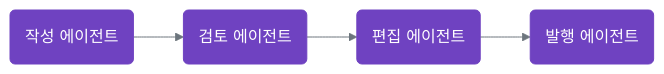
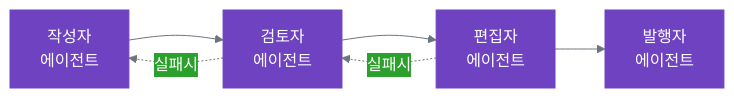
The first of 2 diagrams in book/07-5-intermediate-collaboration.md (wooxist/ai-instructions), drawn with Mermaid before and after one commit. The commit also changed other lines of this file and 6 other files, not shown here.

````diff
--- a/book/07-5-intermediate-collaboration.md
+++ b/book/07-5-intermediate-collaboration.md
@@ -45,21 +57,22 @@
 ```mermaid
 %%{init: {
   'theme': 'base',
   'themeVariables': {
     'primaryColor': '#1f77b4',
     'primaryTextColor': '#ffffff',
     'primaryBorderColor': '#1f77b4',
     'lineColor': '#6c757d',
     'background': 'transparent',
     'edgeLabelBackground': '#2ca02c'
   }
 }}%%
 graph LR
-    A("작성 에이전트") --> B("검토 에이전트")
-    B --> C("편집 에이전트")
-    C --> D("발행 에이전트")
-
-    %% 클래스 정의 및 적용
+    A["작성자<br/>에이전트"] --> B["검토자<br/>에이전트"]
+    B --> C["편집자<br/>에이전트"]
+    C --> D["발행자<br/>에이전트"]
+    B -.실패시.-> A
+    C -.실패시.-> B
+    
     classDef agent fill:#6f42c1,stroke:#6f42c1,color:#ffffff;
     class A,B,C,D agent;
 ```
````
